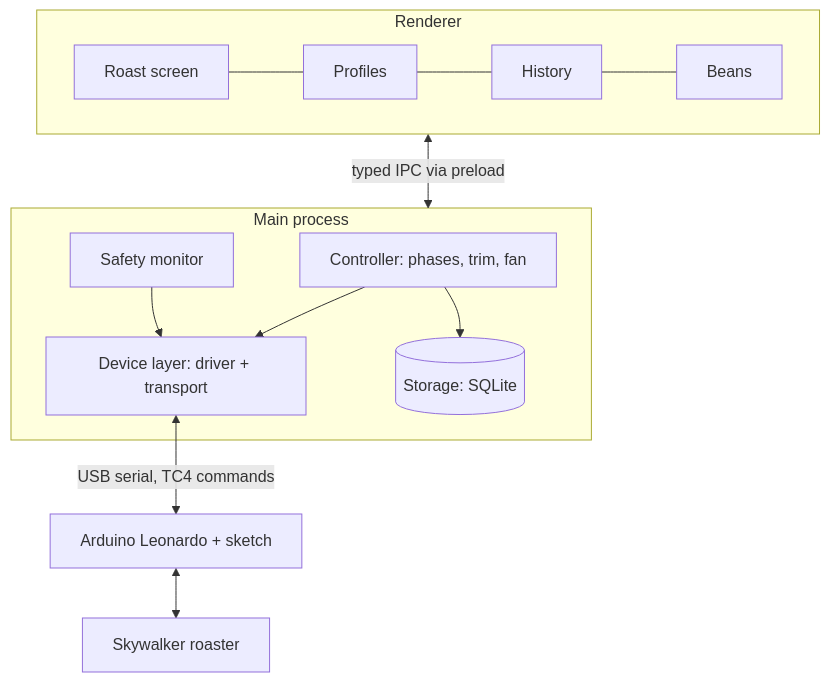
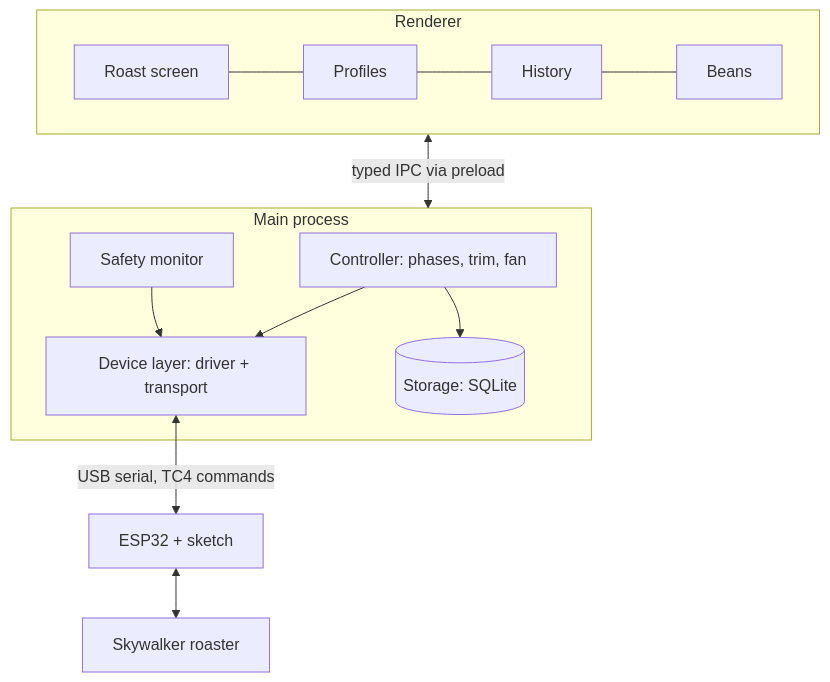
One commit to mnabaci/Roastpilot changed the diagram in docs/spec/architecture.md. Above: the diagram before and after it, drawn with Mermaid. The commit also changed other lines of this file and 6 other files, not shown here.

````diff
--- a/docs/spec/architecture.md
+++ b/docs/spec/architecture.md
@@ -6,13 +6,13 @@
 ```mermaid
 flowchart TB
   subgraph Renderer
     R1[Roast screen] --- R2[Profiles] --- R3[History] --- R4[Beans]
   end
   Renderer <-->|typed IPC via preload| Main
   subgraph Main[Main process]
     C[Controller: phases, trim, fan] --> D[Device layer: driver + transport]
     S[Safety monitor] --> D
     C --> DB[(Storage: SQLite)]
   end
-  D <-->|USB serial, TC4 commands| A[Arduino Leonardo + sketch] <--> K[Skywalker roaster]
+  D <-->|USB serial, TC4 commands| A[ESP32 + sketch] <--> K[Skywalker roaster]
 ```
````
